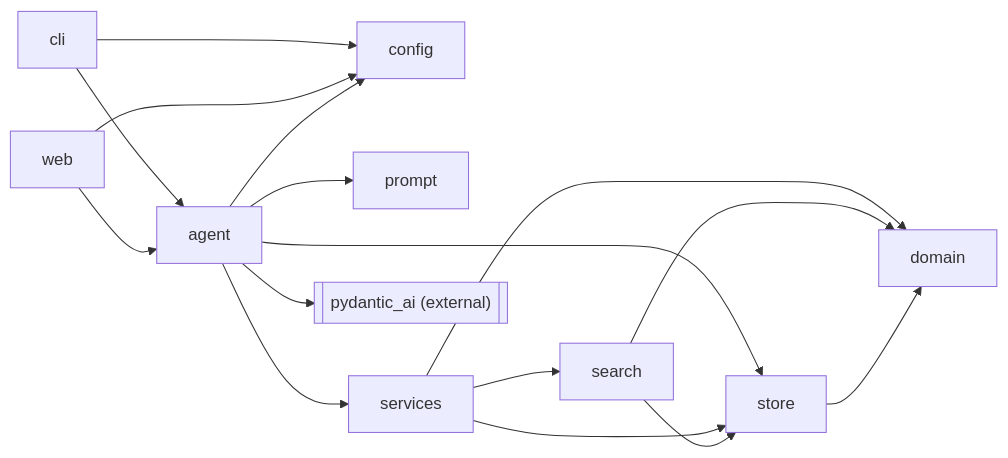
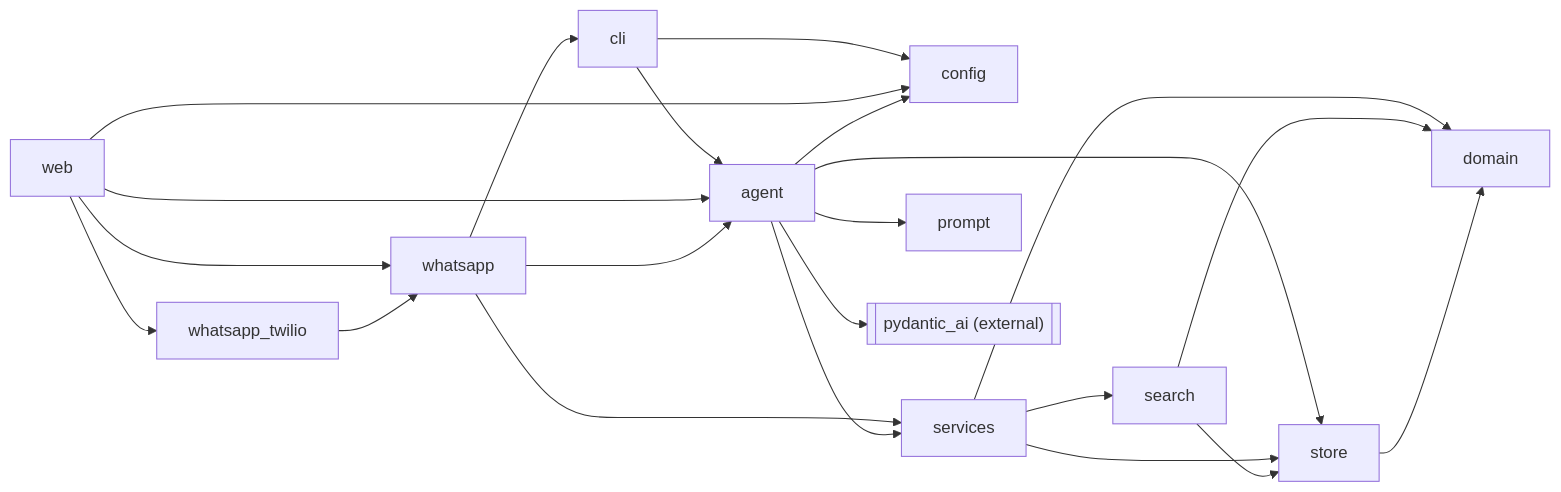
One commit to rodrigotriboni1/emporio-agent changed the first of 2 diagrams in README.md. Above: the diagram before and after it, drawn with Mermaid. The commit also changed other lines of this file and 2 other files, not shown here.

Commit message:
docs: document the WhatsApp channel and Twilio setup

````diff
--- a/README.md
+++ b/README.md
@@ -93,19 +141,25 @@
 ```mermaid
 flowchart LR
     cli --> config
     cli --> agent
     web --> config
     web --> agent
+    web --> whatsapp
+    web --> whatsapp_twilio
+    whatsapp --> agent
+    whatsapp --> cli
+    whatsapp --> services
+    whatsapp_twilio --> whatsapp
     agent --> config
     agent --> prompt
     agent --> services
     agent --> store
     agent --> pydantic_ai
     services --> domain
     services --> store
     services --> search
     search --> domain
     search --> store
     store --> domain
     pydantic_ai[["pydantic_ai (external)"]]
 ```
````
